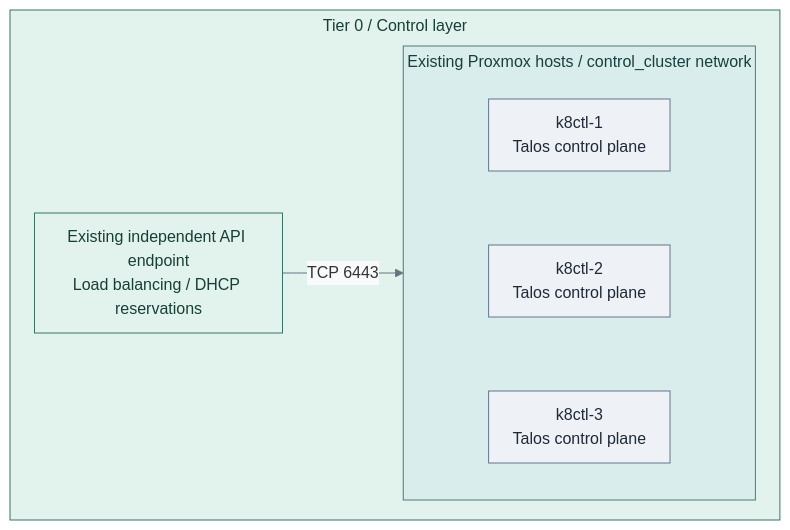
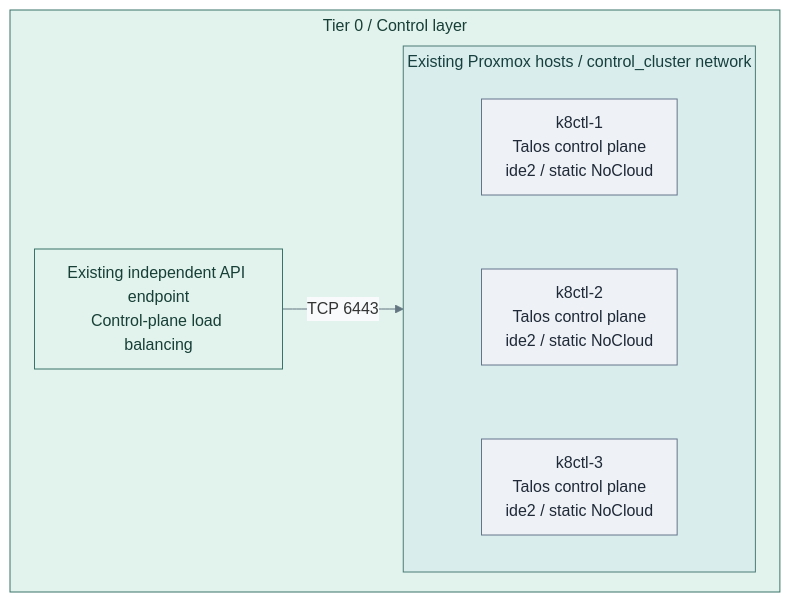
One commit to Rexus/homelab changed the first of 3 diagrams in docs/deployment/stage-4-kubernetes/README.md. Above: the diagram before and after it, drawn with Mermaid. The commit also changed other lines of this file and 126 other files, not shown here.

````diff
--- a/docs/deployment/stage-4-kubernetes/README.md
+++ b/docs/deployment/stage-4-kubernetes/README.md
@@ -27,23 +27,23 @@
 ```mermaid
 %%{init: {"theme":"base","flowchart":{"nodeSpacing":20,"rankSpacing":24,"padding":12,"subGraphTitleMargin":{"top":4,"bottom":12}},"themeVariables":{"lineColor":"#627581","edgeLabelBackground":"#f8fafc"}}}%%
 flowchart TB
   subgraph T0["Tier 0 / Control layer"]
     direction LR
     subgraph PVE["Existing Proxmox hosts / control_cluster network"]
       direction TB
-      CP1["k8ctl-1<br/>Talos control plane"]
-      CP2["k8ctl-2<br/>Talos control plane"]
-      CP3["k8ctl-3<br/>Talos control plane"]
+      CP1["k8ctl-1<br/>Talos control plane<br/>ide2 / static NoCloud"]
+      CP2["k8ctl-2<br/>Talos control plane<br/>ide2 / static NoCloud"]
+      CP3["k8ctl-3<br/>Talos control plane<br/>ide2 / static NoCloud"]
       CP1 ~~~ CP2 ~~~ CP3
     end
-    API["Existing independent API endpoint<br/>Load balancing / DHCP reservations"]
+    API["Existing independent API endpoint<br/>Control-plane load balancing"]
     API -->|TCP 6443| PVE
   end
   classDef default fill:#f8fafc,stroke:#64748b,color:#1f2937
   classDef boundary fill:#eef2f6,stroke:#64748b,color:#1f2937
   classDef control fill:#e2f3ed,stroke:#397366,color:#173f36
   classDef runtime fill:#d9eeec,stroke:#4d7b77,color:#173f3e
   class T0,API control
   class PVE runtime
   class CP1,CP2,CP3 boundary
 ```
````
